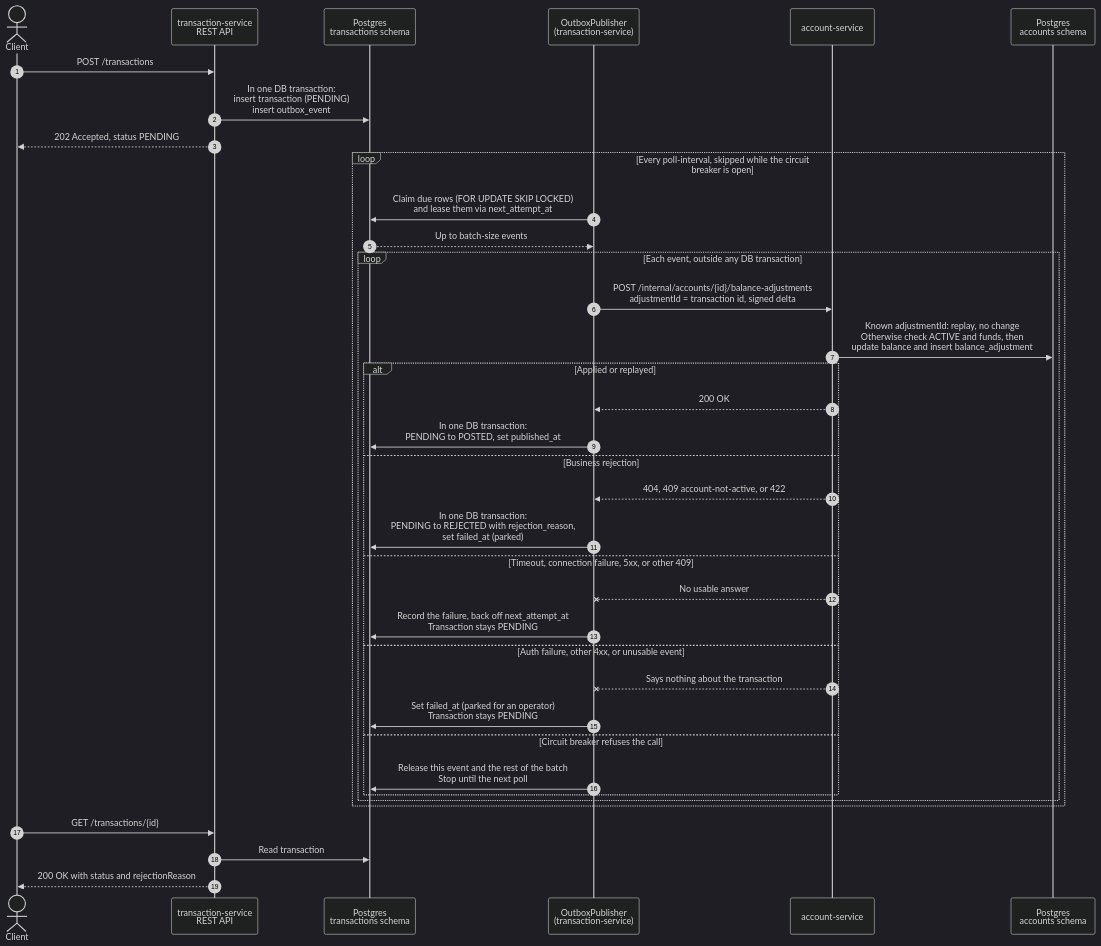
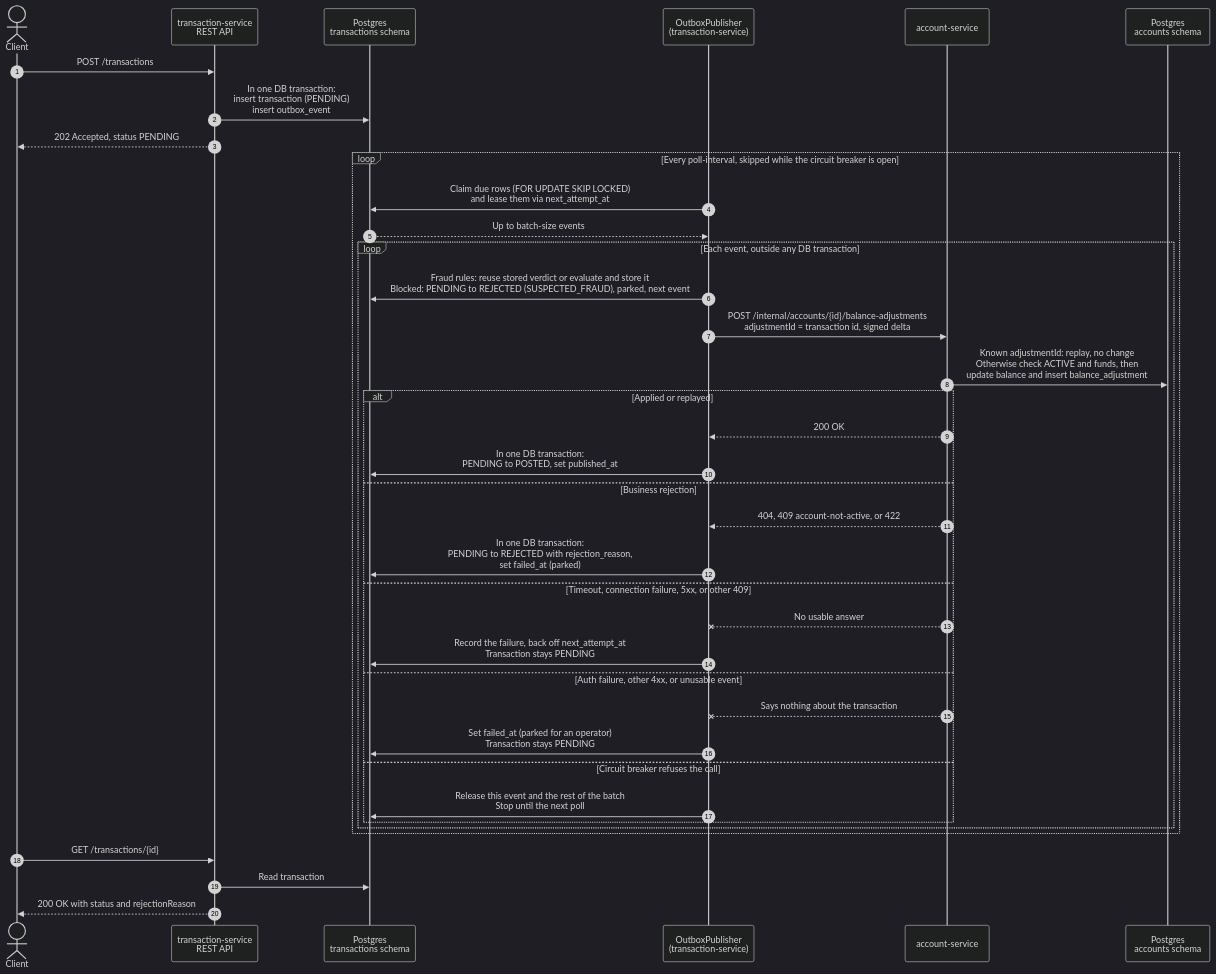
Before and after one commit to brandonmoeri/LedgerWatch: the diagram in ARCHITECTURE.md, drawn with Mermaid (dark theme). The commit also changed other lines of this file and 31 other files, not shown here.

Commit message:
Adding Fraud Rules Engine

````diff
--- a/ARCHITECTURE.md
+++ b/ARCHITECTURE.md
@@ -210,44 +213,45 @@
 ```mermaid
 sequenceDiagram
     autonumber
     actor Client
     participant API as transaction-service<br/>REST API
     participant TxDB as Postgres<br/>transactions schema
     participant Pub as OutboxPublisher<br/>(transaction-service)
     participant Acct as account-service
     participant AcctDB as Postgres<br/>accounts schema
 
     Client->>API: POST /transactions
     API->>TxDB: In one DB transaction:<br/>insert transaction (PENDING)<br/>insert outbox_event
     API-->>Client: 202 Accepted, status PENDING
 
     loop Every poll-interval, skipped while the circuit breaker is open
         Pub->>TxDB: Claim due rows (FOR UPDATE SKIP LOCKED)<br/>and lease them via next_attempt_at
         TxDB-->>Pub: Up to batch-size events
 
         loop Each event, outside any DB transaction
+            Pub->>TxDB: Fraud rules: reuse stored verdict or evaluate and store it<br/>Blocked: PENDING to REJECTED (SUSPECTED_FRAUD), parked, next event
             Pub->>Acct: POST /internal/accounts/{id}/balance-adjustments<br/>adjustmentId = transaction id, signed delta
             Acct->>AcctDB: Known adjustmentId: replay, no change<br/>Otherwise check ACTIVE and funds, then<br/>update balance and insert balance_adjustment
 
             alt Applied or replayed
                 Acct-->>Pub: 200 OK
                 Pub->>TxDB: In one DB transaction:<br/>PENDING to POSTED, set published_at
             else Business rejection
                 Acct-->>Pub: 404, 409 account-not-active, or 422
                 Pub->>TxDB: In one DB transaction:<br/>PENDING to REJECTED with rejection_reason,<br/>set failed_at (parked)
             else Timeout, connection failure, 5xx, or other 409
                 Acct--xPub: No usable answer
                 Pub->>TxDB: Record the failure, back off next_attempt_at<br/>Transaction stays PENDING
             else Auth failure, other 4xx, or unusable event
                 Acct--xPub: Says nothing about the transaction
                 Pub->>TxDB: Set failed_at (parked for an operator)<br/>Transaction stays PENDING
             else Circuit breaker refuses the call
                 Pub->>TxDB: Release this event and the rest of the batch<br/>Stop until the next poll
             end
         end
     end
 
     Client->>API: GET /transactions/{id}
     API->>TxDB: Read transaction
     API-->>Client: 200 OK with status and rejectionReason
 ```
````
